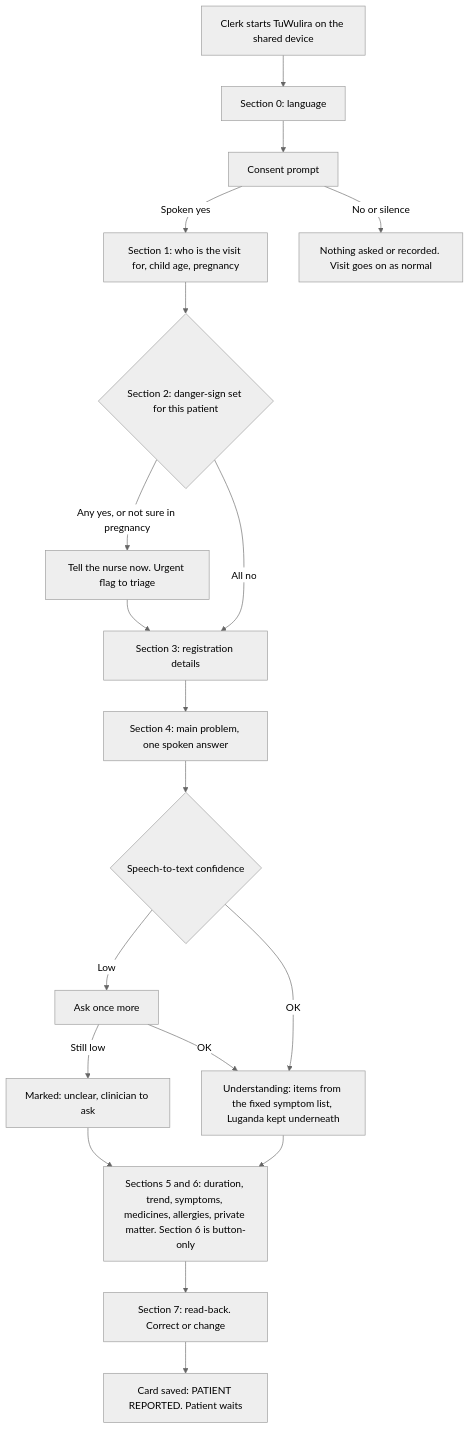
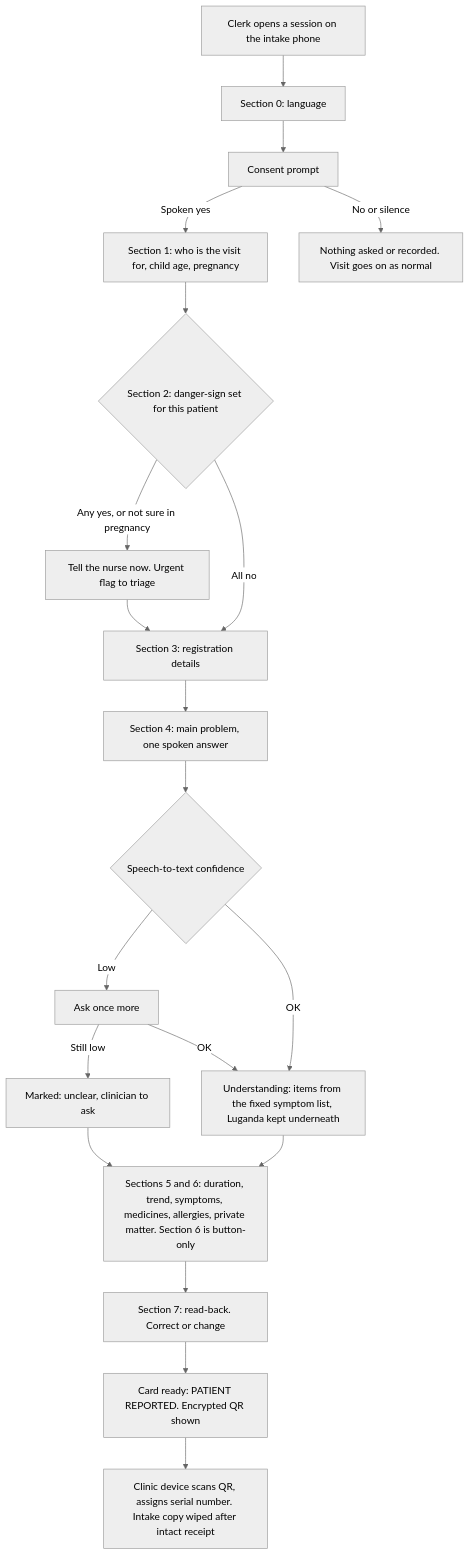
The second of 8 diagrams in docs/product/user-flows.md (Asia-ThePerson/Hacknation2026_TuWulira), drawn with Mermaid (neutral theme) before and after one commit. The commit also changed other lines of this file and 9 other files, not shown here.

First line of the commit message:
Two-device architecture: intake phone (AI) + clinic device (no AI), QR handoff

````diff
--- a/docs/product/user-flows.md
+++ b/docs/product/user-flows.md
@@ -30,21 +32,22 @@
 ```mermaid
 flowchart TD
-  A[Clerk starts TuWulira on the shared device] --> L[Section 0: language]
+  A[Clerk opens a session on the intake phone] --> L[Section 0: language]
   L --> B[Consent prompt]
   B -->|Spoken yes| W[Section 1: who is the visit for, child age, pregnancy]
   B -->|No or silence| X[Nothing asked or recorded. Visit goes on as normal]
   W --> D{Section 2: danger-sign set for this patient}
   D -->|Any yes, or not sure in pregnancy| DS[Tell the nurse now. Urgent flag to triage]
   D -->|All no| R[Section 3: registration details]
   DS --> R
   R --> M[Section 4: main problem, one spoken answer]
   M --> T{Speech-to-text confidence}
   T -->|Low| M2[Ask once more]
   M2 -->|Still low| U[Marked: unclear, clinician to ask]
   T -->|OK| N[Understanding: items from the fixed symptom list, Luganda kept underneath]
   M2 -->|OK| N
   U --> F[Sections 5 and 6: duration, trend, symptoms, medicines, allergies, private matter. Section 6 is button-only]
   N --> F
   F --> RB[Section 7: read-back. Correct or change]
-  RB --> K[Card saved: PATIENT REPORTED. Patient waits]
+  RB --> K[Card ready: PATIENT REPORTED. Encrypted QR shown]
+  K --> QR[Clinic device scans QR, assigns serial number. Intake copy wiped after intact receipt]
 ```
````
